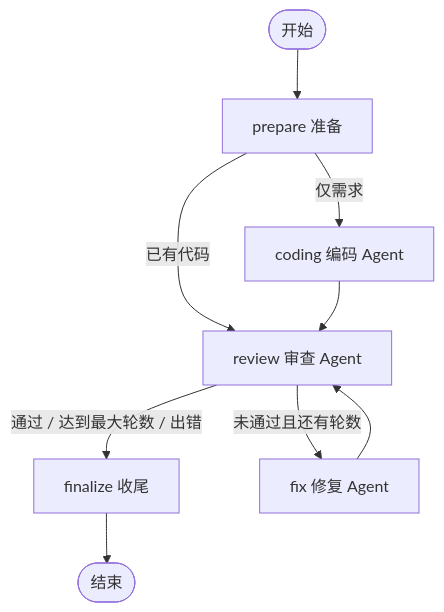
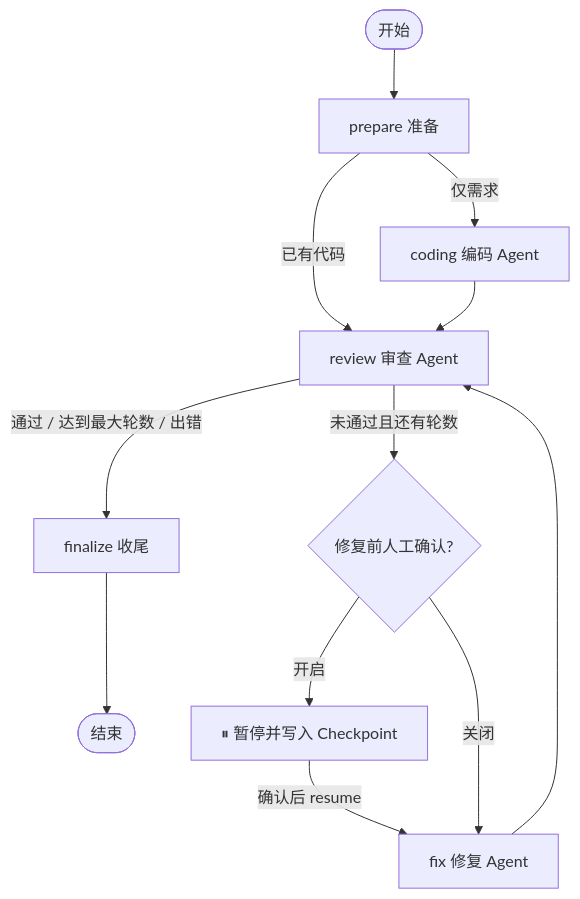
Before and after one commit to XXkingzyy/code-review-agent: the diagram in homework2/README.md, drawn with Mermaid. The commit also changed other lines of this file and 2 other files, not shown here.

````diff
--- a/homework2/README.md
+++ b/homework2/README.md
@@ -11,11 +13,14 @@
 ```mermaid
 flowchart TD
     S([开始]) --> P[prepare 准备]
     P -->|已有代码| R[review 审查 Agent]
     P -->|仅需求| C[coding 编码 Agent]
     C --> R
     R -->|通过 / 达到最大轮数 / 出错| F[finalize 收尾]
-    R -->|未通过且还有轮数| X[fix 修复 Agent]
+    R -->|未通过且还有轮数| Q{修复前人工确认?}
+    Q -->|开启| H[⏸ 暂停并写入 Checkpoint]
+    H -->|确认后 resume| X[fix 修复 Agent]
+    Q -->|关闭| X
     X --> R
     F --> E([结束])
 ```
````
